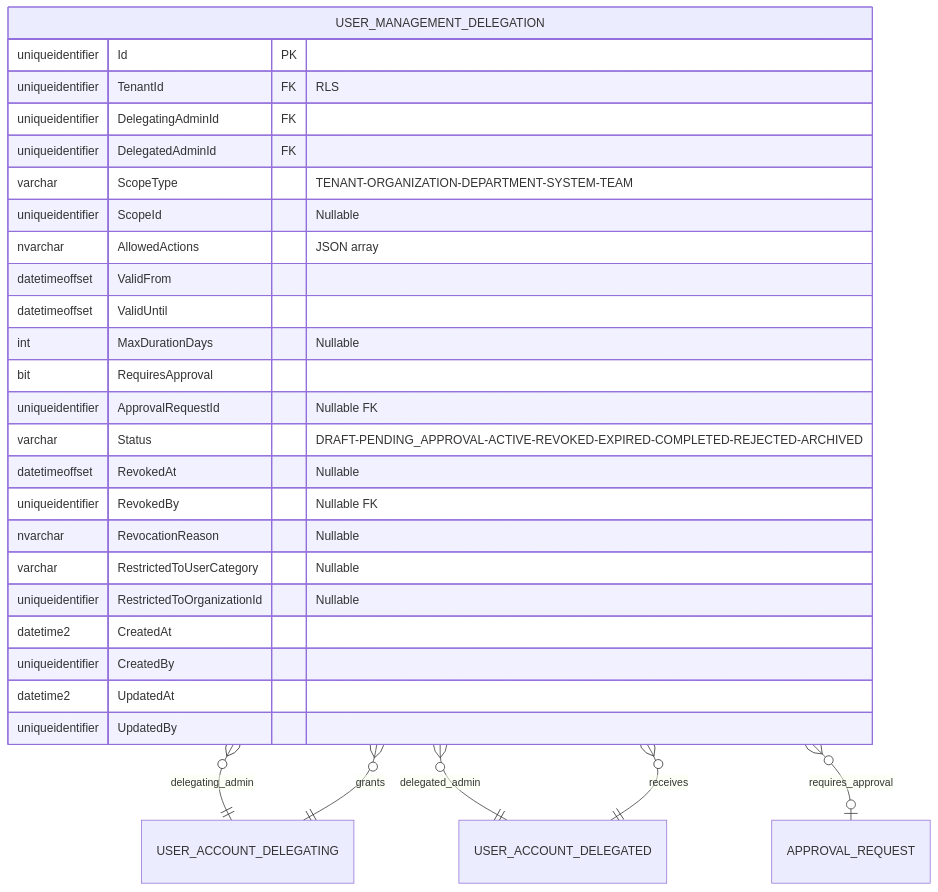
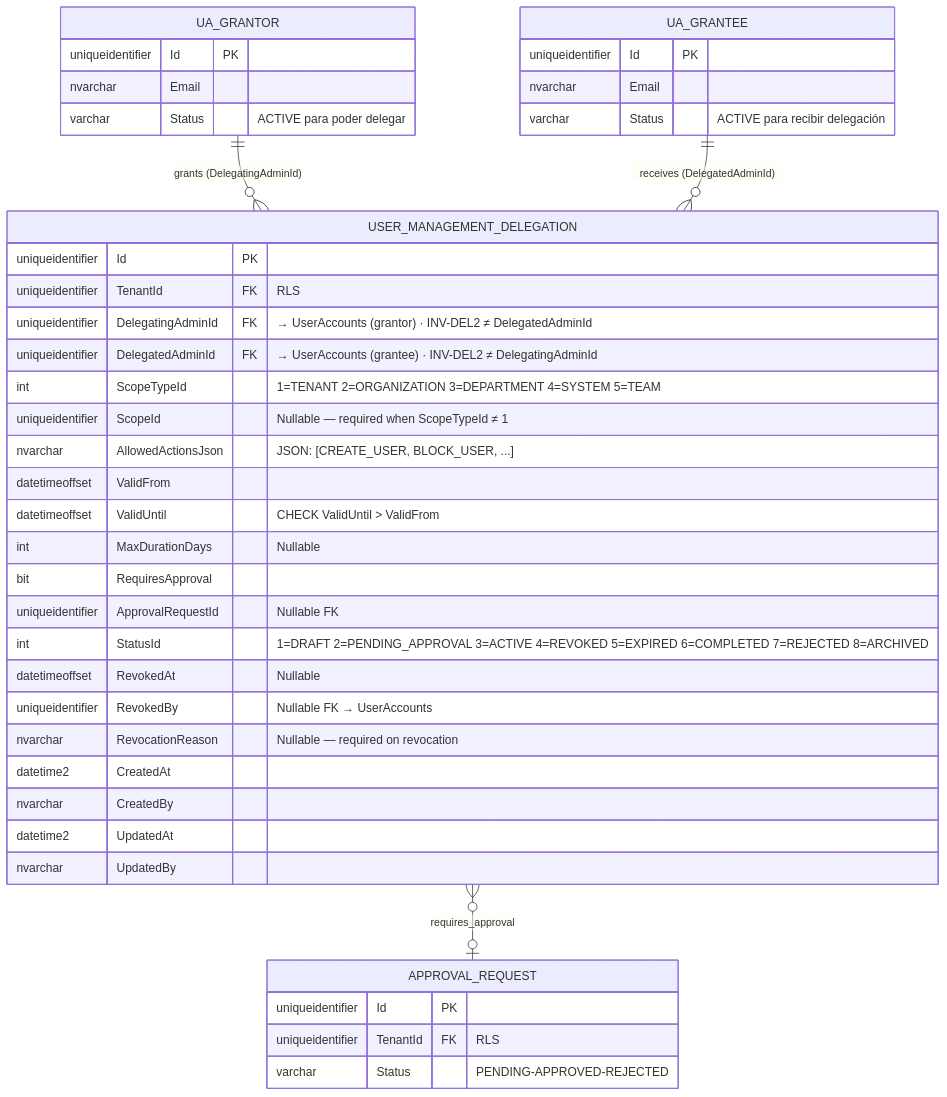
One commit to beyondnetcode/ums changed the seventh of 8 diagrams in docs/domain/identity/user-management-delegation.md. Above: the diagram before and after it, drawn with Mermaid. The commit also changed other lines of this file and 1 other file, not shown here.

Commit message:
docs(identity): document dual self-join between UserAccount and Delegation (FS-14)
user-account.md §4 ER:
- Add USER_MANAGEMENT_DELEGATION entity with both FK roles
  (DelegatingAdminId = grantor, DelegatedAdminId = grantee)
- Add clarifying note on dual self-join pattern and anti-circularity layers

user-account.md §5 BC Model:
- Add UserManagementDelegation AR inside Identity BC
- Show dotted FK lines for both admin roles
- Add IDelegationScopeValidator and IDelegationAuthorityChecker app services
- Show ApprovalRequest → ApproveDelegationCommand flow

user-management-delegation.md §4 ER:
- Replace ambiguous USER_ACCOUNT_DELEGATING / USER_ACCOUNT_DELEGATED aliases
  with UA_GRANTOR / UA_GRANTEE with explicit mapping note
- Add INV-DEL2 and INV-DEL5 annotations inline on FK columns
- Enumerate StatusId and ScopeTypeId integer values for clarity

````diff
--- a/docs/domain/identity/user-management-delegation.md
+++ b/docs/domain/identity/user-management-delegation.md
@@ -285,33 +287,48 @@
 ```mermaid
 erDiagram
-    USER_MANAGEMENT_DELEGATION }o--|| USER_ACCOUNT_DELEGATING : "delegating_admin"
-    USER_MANAGEMENT_DELEGATION }o--|| USER_ACCOUNT_DELEGATED : "delegated_admin"
+    %% UA_GRANTOR y UA_GRANTEE son el mismo UserAccounts — roles distintos
+    UA_GRANTOR ||--o{ USER_MANAGEMENT_DELEGATION : "grants  (DelegatingAdminId)"
+    UA_GRANTEE ||--o{ USER_MANAGEMENT_DELEGATION : "receives (DelegatedAdminId)"
     USER_MANAGEMENT_DELEGATION }o--o| APPROVAL_REQUEST : "requires_approval"
-    USER_ACCOUNT_DELEGATING ||--o{ USER_MANAGEMENT_DELEGATION : "grants"
-    USER_ACCOUNT_DELEGATED  ||--o{ USER_MANAGEMENT_DELEGATION : "receives"
+
+    UA_GRANTOR {
+        uniqueidentifier Id PK
+        nvarchar Email
+        varchar Status "ACTIVE para poder delegar"
+    }
+
+    UA_GRANTEE {
+        uniqueidentifier Id PK
+        nvarchar Email
+        varchar Status "ACTIVE para recibir delegación"
+    }
 
     USER_MANAGEMENT_DELEGATION {
         uniqueidentifier Id PK
         uniqueidentifier TenantId FK "RLS"
-        uniqueidentifier DelegatingAdminId FK
-        uniqueidentifier DelegatedAdminId FK
-        varchar ScopeType "TENANT-ORGANIZATION-DEPARTMENT-SYSTEM-TEAM"
-        uniqueidentifier ScopeId "Nullable"
-        nvarchar AllowedActions "JSON array"
+        uniqueidentifier DelegatingAdminId FK "→ UserAccounts (grantor) · INV-DEL2 ≠ DelegatedAdminId"
+        uniqueidentifier DelegatedAdminId FK "→ UserAccounts (grantee) · INV-DEL2 ≠ DelegatingAdminId"
+        int ScopeTypeId "1=TENANT 2=ORGANIZATION 3=DEPARTMENT 4=SYSTEM 5=TEAM"
+        uniqueidentifier ScopeId "Nullable — required when ScopeTypeId ≠ 1"
+        nvarchar AllowedActionsJson "JSON: [CREATE_USER, BLOCK_USER, ...]"
         datetimeoffset ValidFrom
-        datetimeoffset ValidUntil
+        datetimeoffset ValidUntil "CHECK ValidUntil > ValidFrom"
         int MaxDurationDays "Nullable"
         bit RequiresApproval
         uniqueidentifier ApprovalRequestId "Nullable FK"
-        varchar Status "DRAFT-PENDING_APPROVAL-ACTIVE-REVOKED-EXPIRED-COMPLETED-REJECTED-ARCHIVED"
+        int StatusId "1=DRAFT 2=PENDING_APPROVAL 3=ACTIVE 4=REVOKED 5=EXPIRED 6=COMPLETED 7=REJECTED 8=ARCHIVED"
         datetimeoffset RevokedAt "Nullable"
-        uniqueidentifier RevokedBy "Nullable FK"
-        nvarchar RevocationReason "Nullable"
-        varchar RestrictedToUserCategory "Nullable"
-        uniqueidentifier RestrictedToOrganizationId "Nullable"
+        uniqueidentifier RevokedBy "Nullable FK → UserAccounts"
+        nvarchar RevocationReason "Nullable — required on revocation"
         datetime2 CreatedAt
-        uniqueidentifier CreatedBy
+        nvarchar CreatedBy
         datetime2 UpdatedAt
-        uniqueidentifier UpdatedBy
+        nvarchar UpdatedBy
+    }
+
+    APPROVAL_REQUEST {
+        uniqueidentifier Id PK
+        uniqueidentifier TenantId FK "RLS"
+        varchar Status "PENDING-APPROVED-REJECTED"
     }
 ```
````
